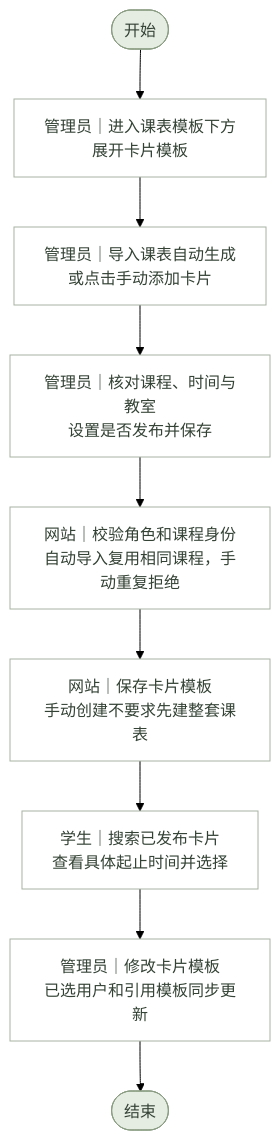
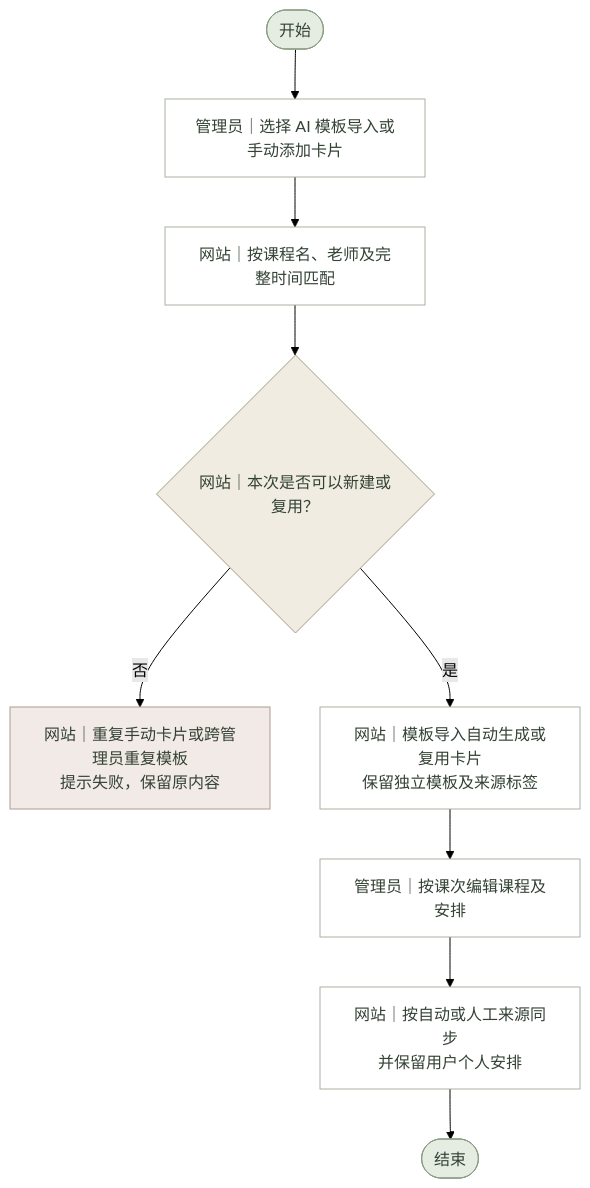
Before and after one commit to lichen-lc123/class-assistant: the diagram in 需求文档/课表功能/流程图源文件/业务流程图/管理员课程上传与卡片生成.mmd, drawn with Mermaid (forest theme). The commit also changed 157 other files, not shown here.

```diff
--- a/需求文档/课表功能/流程图源文件/业务流程图/管理员课程上传与卡片生成.mmd
+++ b/需求文档/课表功能/流程图源文件/业务流程图/管理员课程上传与卡片生成.mmd
@@ -1,33 +1,33 @@
-%% 管理员课程上传与卡片生成 · 业务流程图 · V1.0 · 2026-11-02
+%% 管理员课程上传与卡片生成 · 业务流程图 · 当前版 · 2026-11-09
 flowchart TD
     N0(["开始"])
-    N1["管理员｜进入课表模板下方<br/>展开卡片模板"]
-    N2["管理员｜导入课表自动生成<br/>或点击手动添加卡片"]
-    N3["管理员｜核对课程、时间与教室<br/>设置是否发布并保存"]
-    N4["网站｜校验角色和课程身份<br/>自动导入复用相同课程，手动重复拒绝"]
-    N5["网站｜保存卡片模板<br/>手动创建不要求先建整套课表"]
-    N6["学生｜搜索已发布卡片<br/>查看具体起止时间并选择"]
-    N7["管理员｜修改卡片模板<br/>已选用户和引用模板同步更新"]
-    N8(["结束"])
+    N1["管理员｜选择 AI 模板导入或手动添加卡片"]
+    N2["网站｜按课程名、老师及完整时间匹配"]
+    N3{"网站｜本次是否可以新建或复用？"}
+    B3["网站｜重复手动卡片或跨管理员重复模板<br/>提示失败，保留原内容"]
+    N4["网站｜模板导入自动生成或复用卡片<br/>保留独立模板及来源标签"]
+    N5["管理员｜按课次编辑课程及安排"]
+    N6["网站｜按自动或人工来源同步<br/>并保留用户个人安排"]
+    N7(["结束"])
     N0 --> N1
     N1 --> N2
     N2 --> N3
-    N3 --> N4
+    N3 -->|否| B3
+    N3 -->|是| N4
     N4 --> N5
     N5 --> N6
     N6 --> N7
-    N7 --> N8
     classDef normal fill:#FFFFFF,stroke:#A8B2A2,color:#344235;
     classDef decision fill:#F0ECE2,stroke:#A69B83,color:#344235;
     classDef terminal fill:#E5ECE2,stroke:#8A9D82,color:#344235;
     classDef exception fill:#F2EAE6,stroke:#B09B91,color:#344235;
     classDef database fill:#E7EDF0,stroke:#8A9CA6,color:#344235;
     class N0 terminal;
     class N1 normal;
     class N2 normal;
-    class N3 normal;
+    class N3 decision;
+    class B3 exception;
     class N4 normal;
     class N5 normal;
     class N6 normal;
-    class N7 normal;
-    class N8 terminal;
+    class N7 terminal;
```
